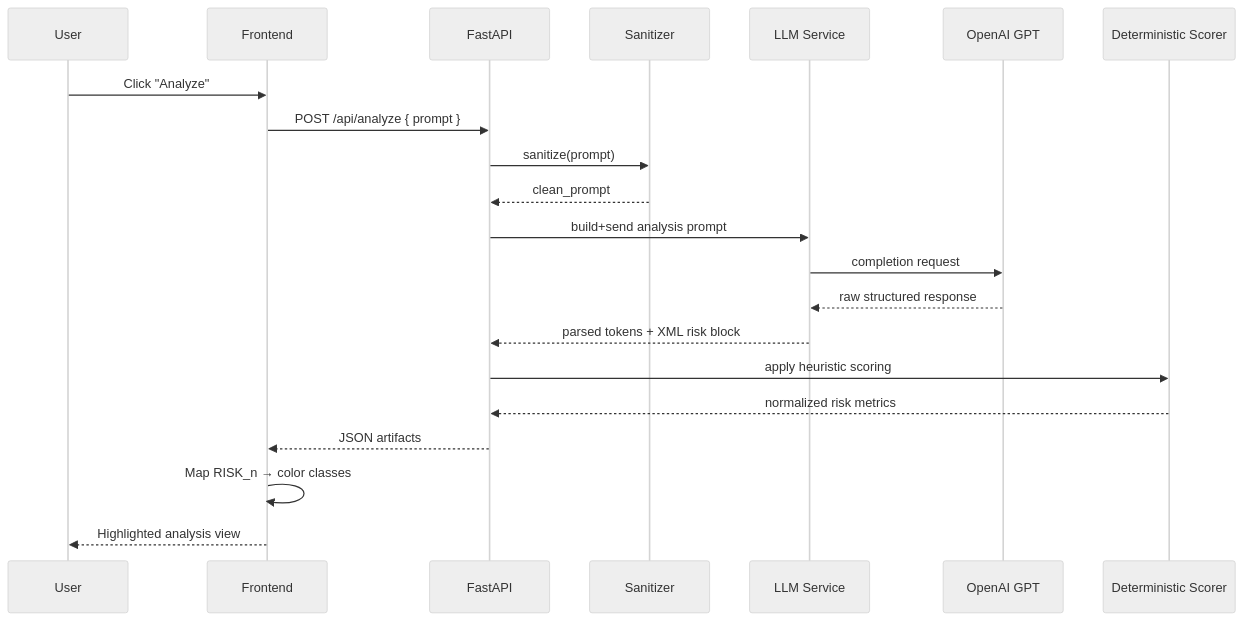
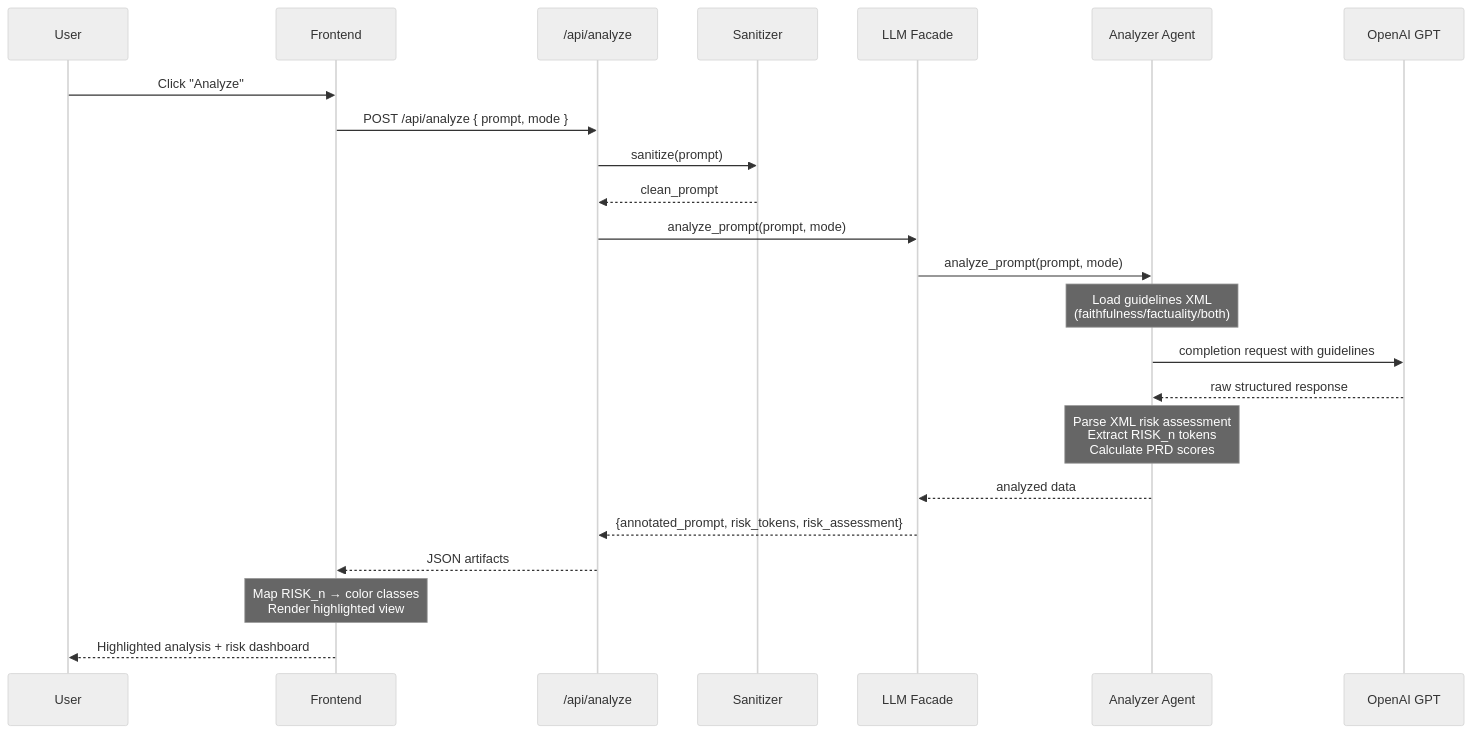
One commit to MoNejjar/echo-hallucination-detect changed the second of 2 diagrams in docs/architecture.md. Above: the diagram before and after it, drawn with Mermaid (neutral theme). The commit also changed other lines of this file and 2 other files, not shown here.

First line of the commit message:
docs: Update architecture documentation to reflect agent-based infrastructure

````diff
--- a/docs/architecture.md
+++ b/docs/architecture.md
@@ -76,25 +112,33 @@
 ```mermaid
 %% (Inline copy – edit the .mmd source for changes.)
 sequenceDiagram
   participant U as User
   participant FE as Frontend
-  participant BE as FastAPI
+  participant Route as /api/analyze
   participant SAN as Sanitizer
-  participant LLM as LLM Service
+  participant Facade as LLM Facade
+  participant Analyzer as Analyzer Agent
   participant MODEL as OpenAI GPT
-  participant SCORE as Deterministic Scorer
 
   U->>FE: Click "Analyze"
-  FE->>BE: POST /api/analyze { prompt }
-  BE->>SAN: sanitize(prompt)
-  SAN-->>BE: clean_prompt
-  BE->>LLM: build+send analysis prompt
-  LLM->>MODEL: completion request
-  MODEL-->>LLM: raw structured response
-  LLM-->>BE: parsed tokens + XML risk block
-  BE->>SCORE: apply heuristic scoring
-  SCORE-->>BE: normalized risk metrics
-  BE-->>FE: JSON artifacts
-  FE->>FE: Map RISK_n → color classes
-  FE-->>U: Highlighted analysis view
+  FE->>Route: POST /api/analyze { prompt, mode }
+  Route->>SAN: sanitize(prompt)
+  SAN-->>Route: clean_prompt
+  Route->>Facade: analyze_prompt(prompt, mode)
+  Facade->>Analyzer: analyze_prompt(prompt, mode)
+  
+  Note over Analyzer: Load guidelines XML<br/>(faithfulness/factuality/both)
+  
+  Analyzer->>MODEL: completion request with guidelines
+  MODEL-->>Analyzer: raw structured response
+  
+  Note over Analyzer: Parse XML risk assessment<br/>Extract RISK_n tokens<br/>Calculate PRD scores
+  
+  Analyzer-->>Facade: analyzed data
+  Facade-->>Route: {annotated_prompt, risk_tokens, risk_assessment}
+  Route-->>FE: JSON artifacts
+  
+  Note over FE: Map RISK_n → color classes<br/>Render highlighted view
+  
+  FE-->>U: Highlighted analysis + risk dashboard
 ```
````
